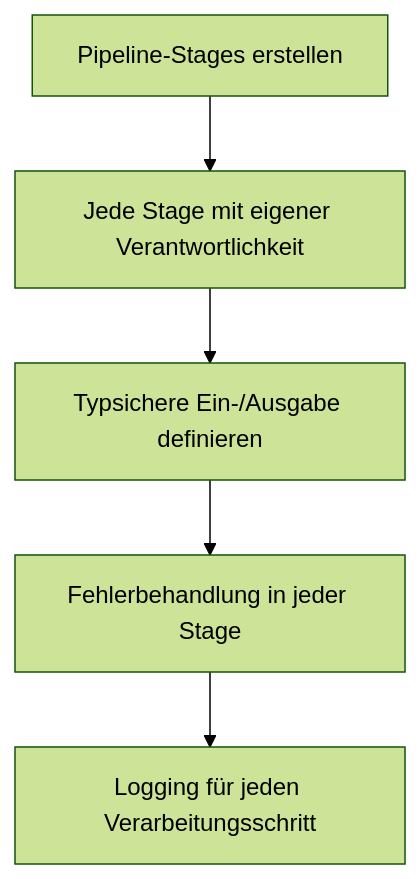
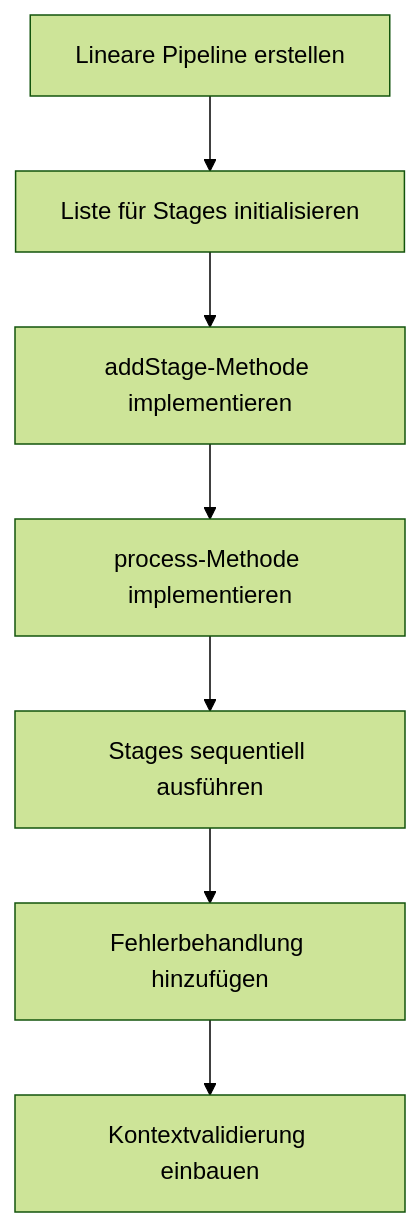
Before and after one commit to scimbe/VS_Pattern_By_KI: the third of 13 diagrams in Pipeline/docs/IMPLEMENTATION_GUIDE.md, drawn with Mermaid (forest theme). The commit also changed other lines of this file and 19 other files, not shown here.

````diff
--- a/Pipeline/docs/IMPLEMENTATION_GUIDE.md
+++ b/Pipeline/docs/IMPLEMENTATION_GUIDE.md
@@ -48,7 +51,9 @@
 ```mermaid
 graph TD
-    A[Pipeline-Stages erstellen] --> B[Jede Stage mit eigener Verantwortlichkeit]
-    B --> C[Typsichere Ein-/Ausgabe definieren]
-    C --> D[Fehlerbehandlung in jeder Stage]
-    D --> E[Logging für jeden Verarbeitungsschritt]
+    A[Lineare Pipeline erstellen] --> B[Liste für Stages initialisieren]
+    B --> C[addStage-Methode implementieren]
+    C --> D[process-Methode implementieren]
+    D --> E[Stages sequentiell ausführen]
+    E --> F[Fehlerbehandlung hinzufügen]
+    F --> G[Kontextvalidierung einbauen]
 ```
````
